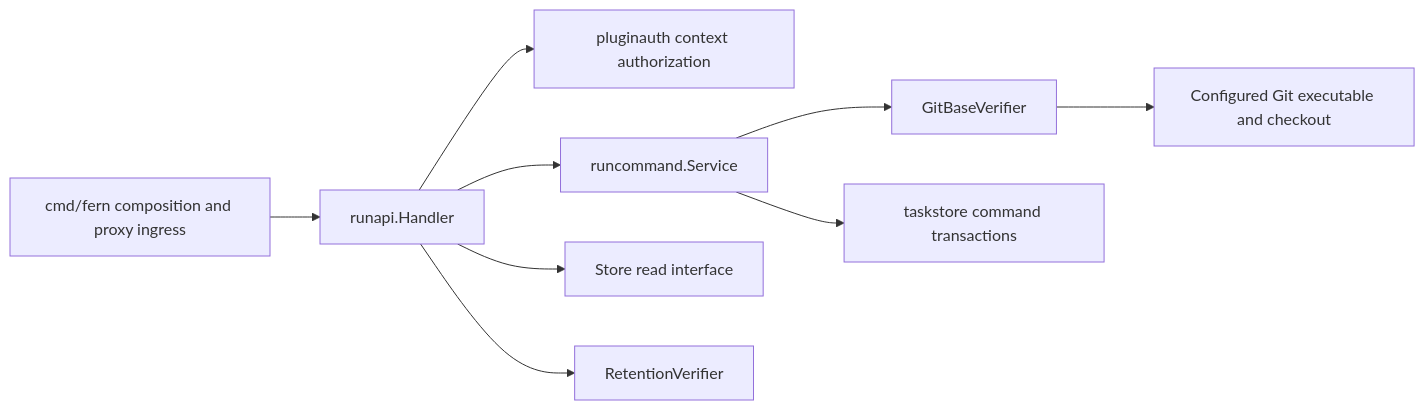
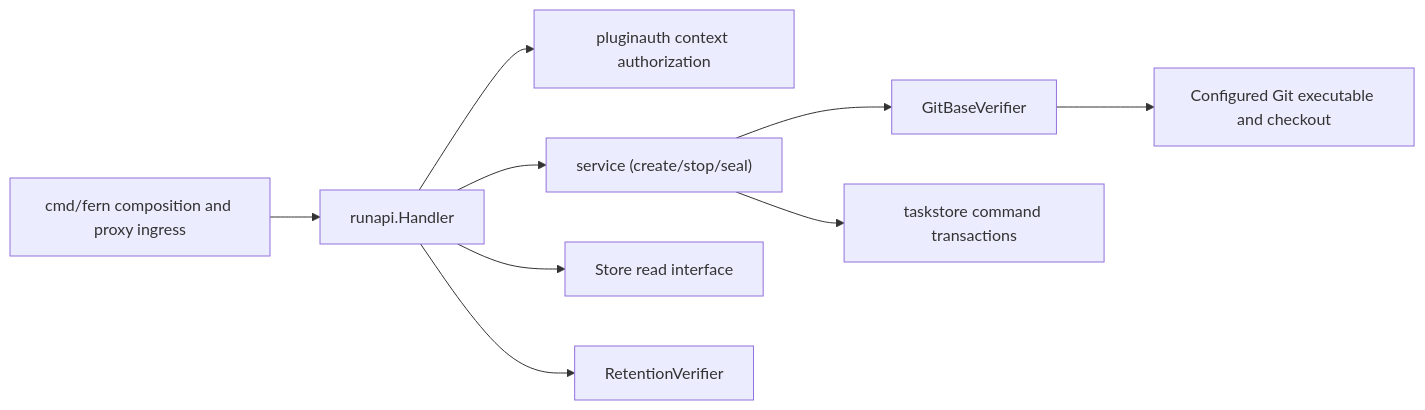
Before and after one commit to nebler/fern: the first of 2 diagrams in internal/runapi/README.md, drawn with Mermaid. The commit also changed other lines of this file and 9 other files, not shown here.

````diff
--- a/internal/runapi/README.md
+++ b/internal/runapi/README.md
@@ -27,11 +33,11 @@
 ```mermaid
 graph LR
   A["cmd/fern composition and proxy ingress"] --> B["runapi.Handler"]
   B --> C["pluginauth context authorization"]
-  B --> D["runcommand.Service"]
+  B --> D["service (create/stop/seal)"]
   B --> E["Store read interface"]
   B --> F["RetentionVerifier"]
   D --> G["GitBaseVerifier"]
   G --> H["Configured Git executable and checkout"]
   D --> I["taskstore command transactions"]
 ```
````
